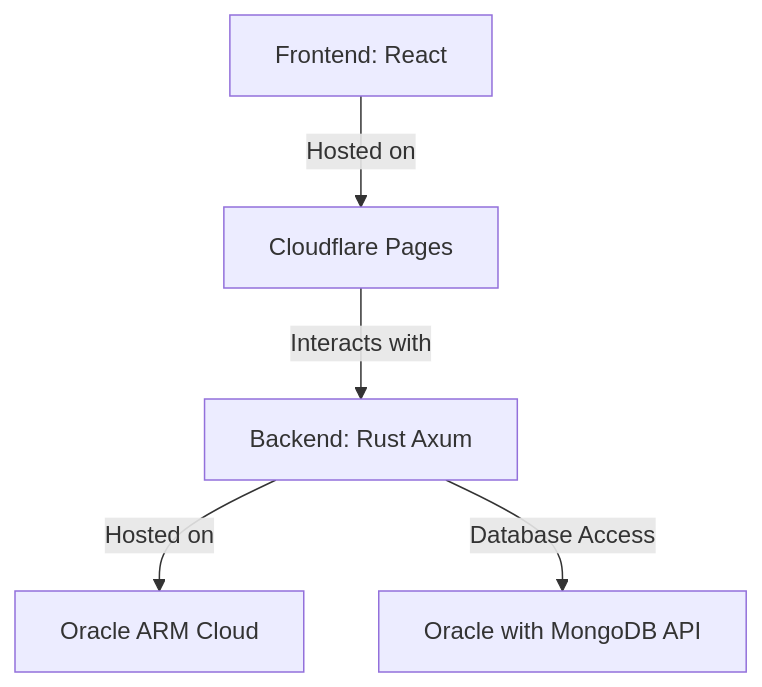
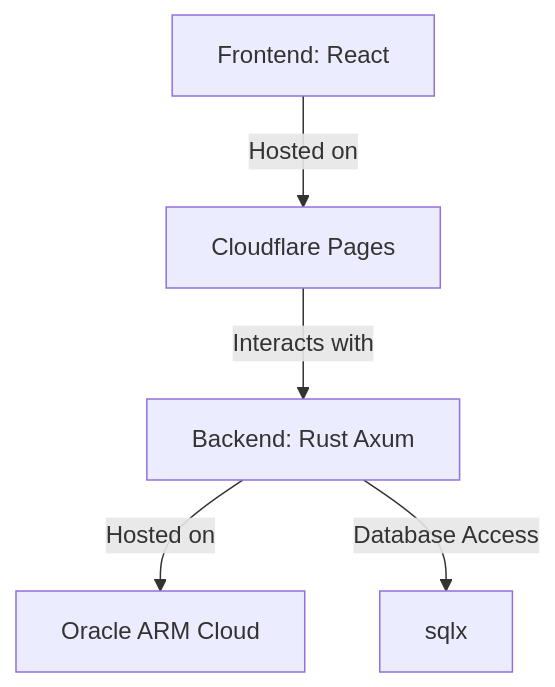
Before and after one commit to investutil/investutil-principal: the diagram in README.md, drawn with Mermaid. The commit also changed other lines of this file, not shown here.

````diff
--- a/README.md
+++ b/README.md
@@ -58,7 +59,7 @@
 ```mermaid
 graph TD;
     A[Frontend: React] -->|Hosted on| B[Cloudflare Pages]
     B -->|Interacts with| C[Backend: Rust Axum]
     C -->|Hosted on| D[Oracle ARM Cloud]
-    C -->|Database Access| E[Oracle with MongoDB API]
+    C -->|Database Access| E[sqlx]
 ```
````
